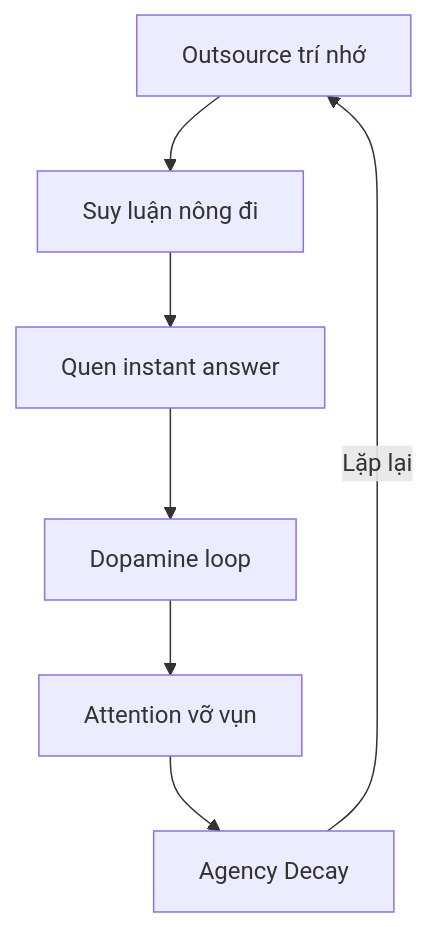
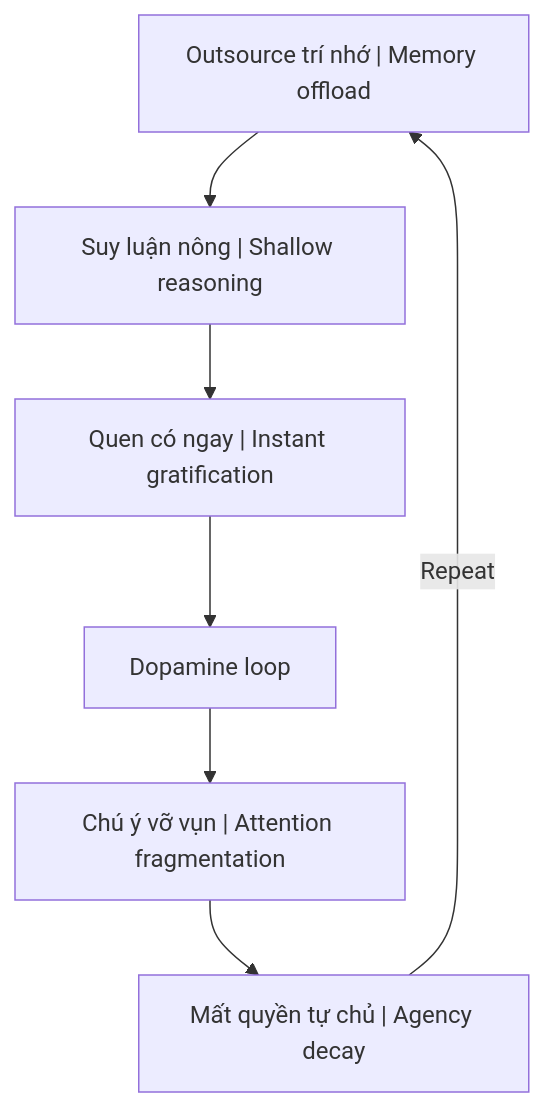
The second of 2 diagrams in mental-models/Bộ Não Rỗng và AI Brain Rot.md (dyukahi/knowledge), drawn with Mermaid before and after one commit. The commit also changed other lines of this file and 2 other files, not shown here.

Commit message:
Add bilingual text to Mermaid diagrams (Vietnamese | English)

````diff
--- a/mental-models/Bộ Não Rỗng và AI Brain Rot.md
+++ b/mental-models/Bộ Não Rỗng và AI Brain Rot.md
@@ -143,9 +143,12 @@
 ```mermaid
 flowchart TD
-    S1[Outsource trí nhớ] --> S2[Suy luận nông đi]
-    S2 --> S3[Quen instant answer]
-    S3 --> S4[Dopamine loop]
-    S4 --> S5[Attention vỡ vụn]
-    S5 --> S6[Agency Decay]
-    S6 -->|Lặp lại| S1
+    S1["Outsource trí nhớ | Memory offload"]
+    S2["Suy luận nông | Shallow reasoning"]
+    S3["Quen có ngay | Instant gratification"]
+    S4["Dopamine loop"]
+    S5["Chú ý vỡ vụn | Attention fragmentation"]
+    S6["Mất quyền tự chủ | Agency decay"]
+    
+    S1 --> S2 --> S3 --> S4 --> S5 --> S6
+    S6 -->|"Repeat"| S1
 ```
````
